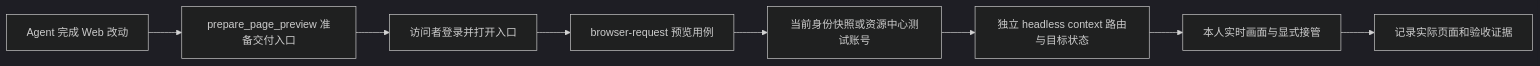
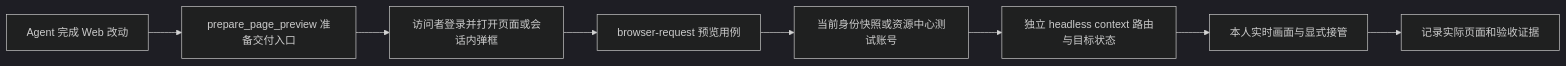
Before and after one commit to exception-coder/kai-toolbox: diagram 27 of 31 in docs/ai-coding-architecture.md, drawn with Mermaid (dark theme). The commit also changed other lines of this file and 23 other files, not shown here.

````diff
--- a/docs/ai-coding-architecture.md
+++ b/docs/ai-coding-architecture.md
@@ -729,10 +729,10 @@
 ```mermaid
 flowchart LR
   A[Agent 完成 Web 改动] --> B[prepare_page_preview 准备交付入口]
-  B --> C[访问者登录并打开入口]
+  B --> C["访问者登录并打开页面或会话内弹框"]
   C --> D[browser-request 预览用例]
   D --> E[当前身份快照或资源中心测试账号]
   E --> F[独立 headless context 路由与目标状态]
   F --> G[本人实时画面与显式接管]
   G --> H[记录实际页面和验收证据]
 ```
````
